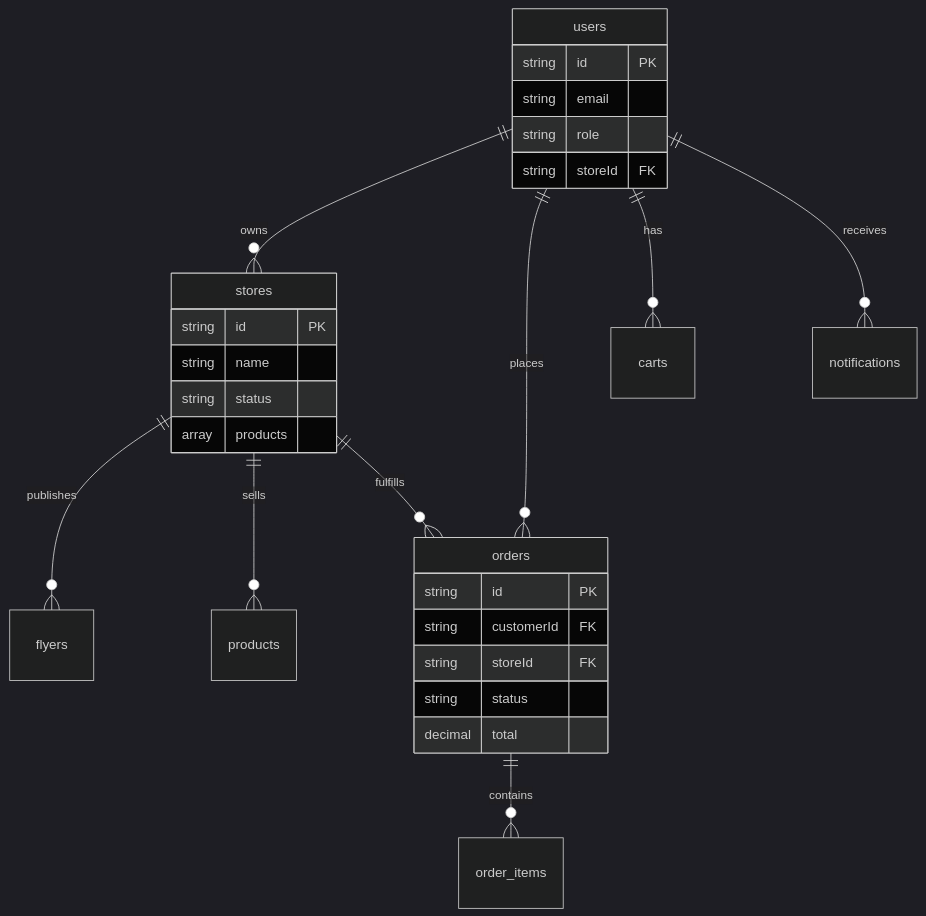
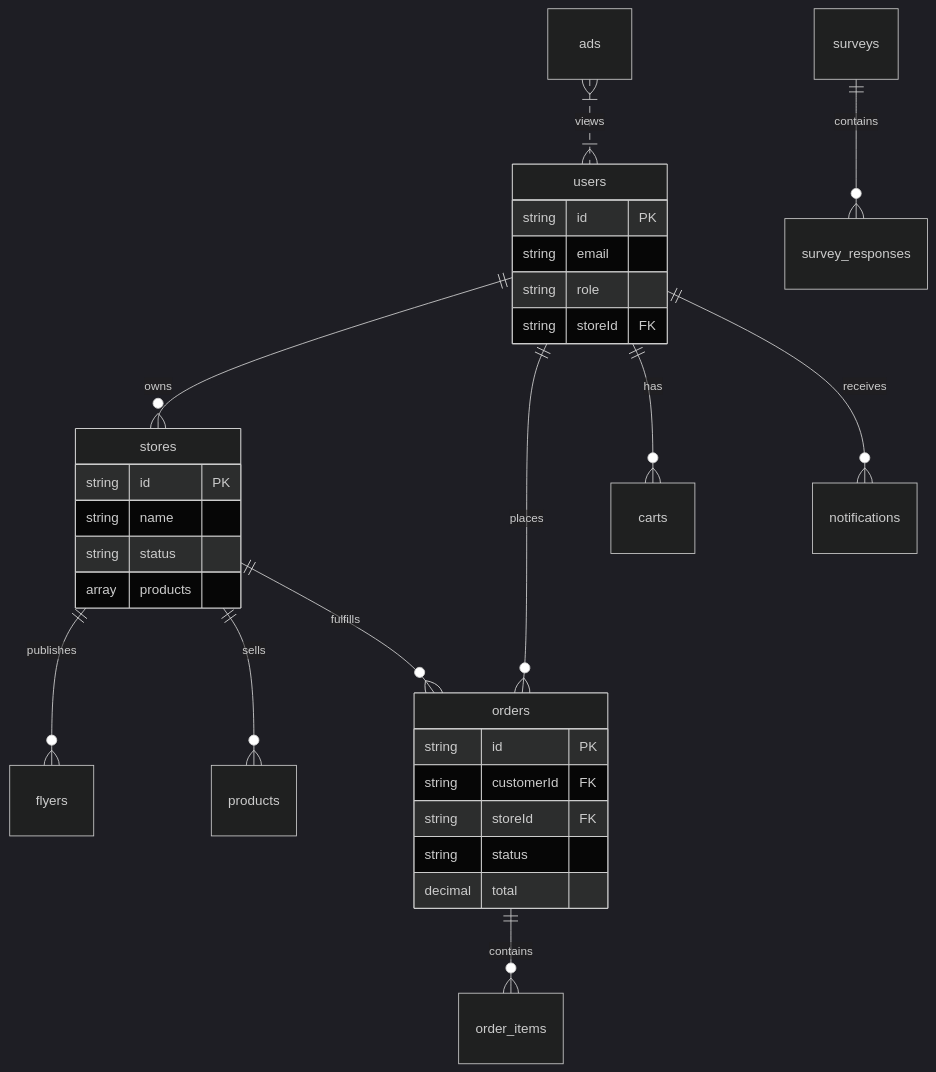
One commit to spendigo-admin/spendigo-v1-relational_db changed the diagram in docs/SCHEMA.md. Above: the diagram before and after it, drawn with Mermaid (dark theme). The commit also changed other lines of this file and 9 other files, not shown here.

````diff
--- a/docs/SCHEMA.md
+++ b/docs/SCHEMA.md
@@ -371,33 +395,35 @@
 ```mermaid
 erDiagram
     users ||--o{ stores : owns
     stores ||--o{ flyers : publishes
     stores ||--o{ products : sells
     users ||--o{ orders : places
     stores ||--o{ orders : fulfills
     orders ||--o{ order_items : contains
     users ||--o{ carts : has
     users ||--o{ notifications : receives
+    ads }|..|{ users : views
+    surveys ||--o{ survey_responses : contains
     
     users {
         string id PK
         string email
         string role
         string storeId FK
     }
     
     stores {
         string id PK
         string name
         string status
         array products
     }
     
     orders {
         string id PK
         string customerId FK
         string storeId FK
         string status
         decimal total
     }
 ```
````
